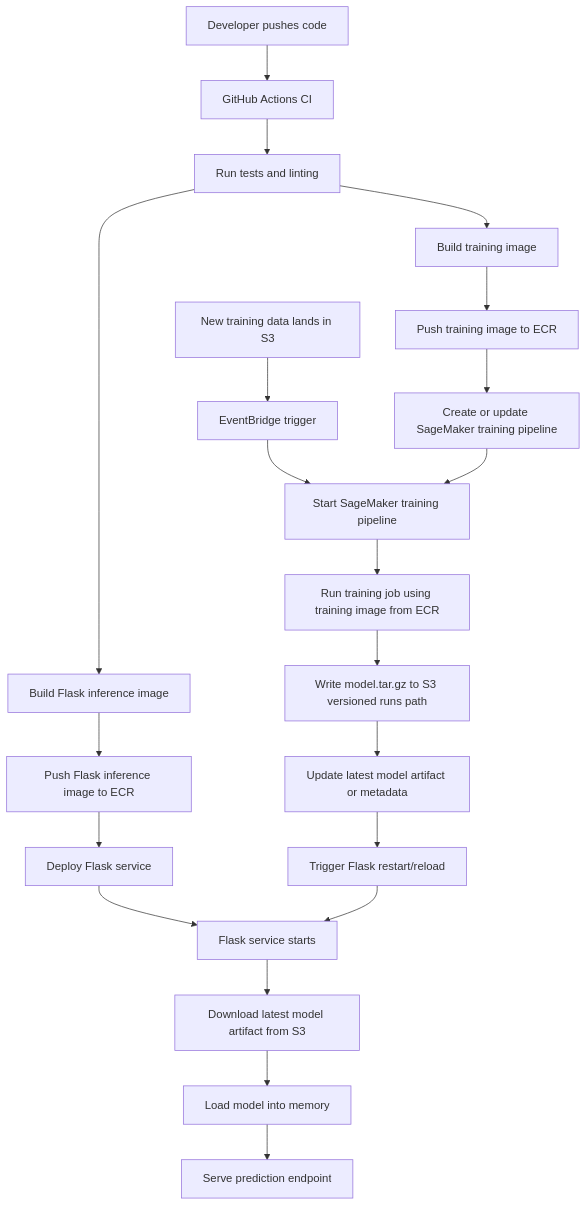
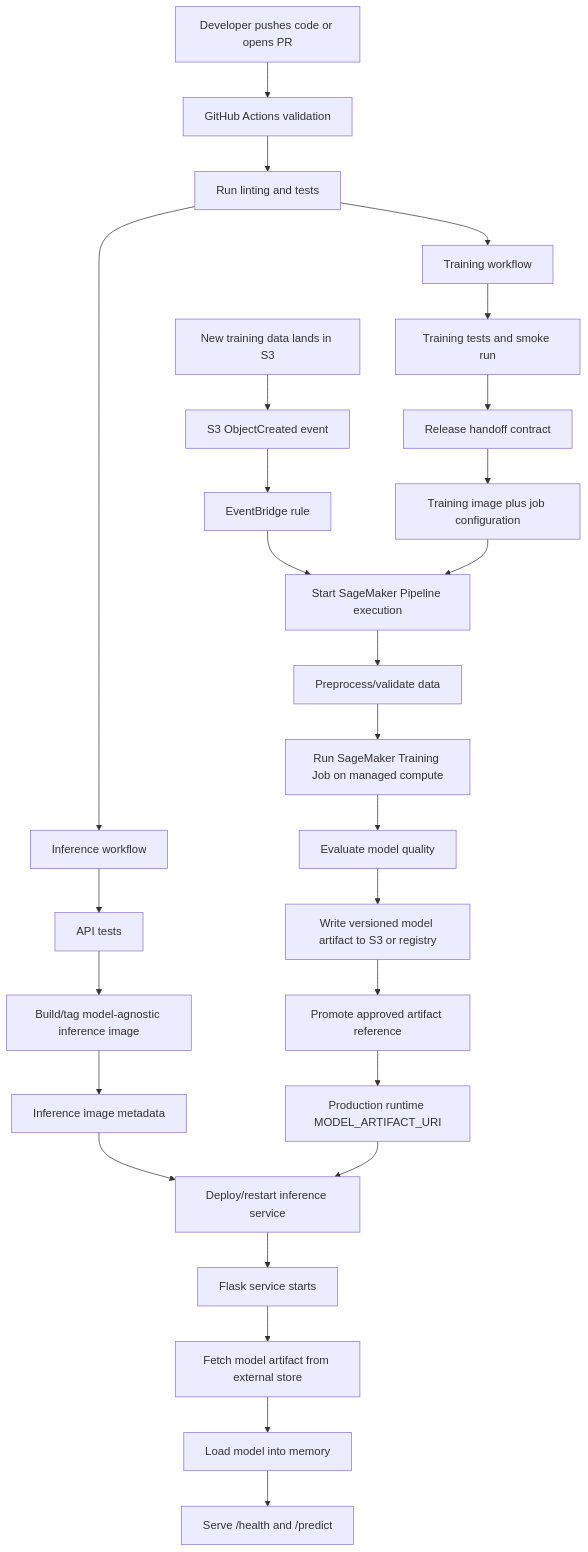
The diagram in docs/pipeline_architecture.mmd (moshezvi/mlpipeline), drawn with Mermaid before and after one commit. The commit also changed 4 other files, not shown here.

Commit message:
SageMaker pipeline explained

```diff
--- a/docs/pipeline_architecture.mmd
+++ b/docs/pipeline_architecture.mmd
@@ -1,28 +1,34 @@
 flowchart TD
-    %% Code-driven CI workflow
-    A[Developer pushes code] --> B[GitHub Actions CI]
-    B --> C[Run tests and linting]
+    %% Code-driven validation and release handoff
+    A[Developer pushes code or opens PR] --> B[GitHub Actions validation]
+    B --> C[Run linting and tests]
 
-    C --> D[Build training image]
-    D --> E[Push training image to ECR]
-    E --> F[Create or update SageMaker training pipeline]
+    C --> D[Training workflow]
+    D --> E[Training tests and smoke run]
+    E --> F[Release handoff contract]
+    F --> G[Training image plus job configuration]
 
-    C --> G[Build Flask inference image]
-    G --> H[Push Flask inference image to ECR]
-    H --> I[Deploy Flask service]
+    C --> H[Inference workflow]
+    H --> I[API tests]
+    I --> J[Build/tag model-agnostic inference image]
+    J --> K[Inference image metadata]
 
     %% Data-driven training workflow
-    J[New training data lands in S3] --> K[EventBridge trigger]
-    K --> L[Start SageMaker training pipeline]
-    F --> L
-    L --> M[Run training job using training image from ECR]
-    M --> N[Write model.tar.gz to S3 versioned runs path]
-    N --> O[Update latest model artifact or metadata]
+    L[New training data lands in S3] --> M[S3 ObjectCreated event]
+    M --> N[EventBridge rule]
+    N --> O[Start SageMaker Pipeline execution]
+    G --> O
+    O --> P[Preprocess/validate data]
+    P --> Q[Run SageMaker Training Job on managed compute]
+    Q --> R[Evaluate model quality]
+    R --> S[Write versioned model artifact to S3 or registry]
 
-    %% Inference/runtime workflow
-    O --> P[Trigger Flask restart/reload]
-    I --> Q[Flask service starts]
-    P --> Q
-    Q --> R[Download latest model artifact from S3]
-    R --> S[Load model into memory]
-    S --> T[Serve prediction endpoint]
+    %% Promotion and inference runtime
+    S --> T[Promote approved artifact reference]
+    T --> U[Production runtime MODEL_ARTIFACT_URI]
+    K --> V[Deploy/restart inference service]
+    U --> V
+    V --> W[Flask service starts]
+    W --> X[Fetch model artifact from external store]
+    X --> Y[Load model into memory]
+    Y --> Z[Serve /health and /predict]
```
